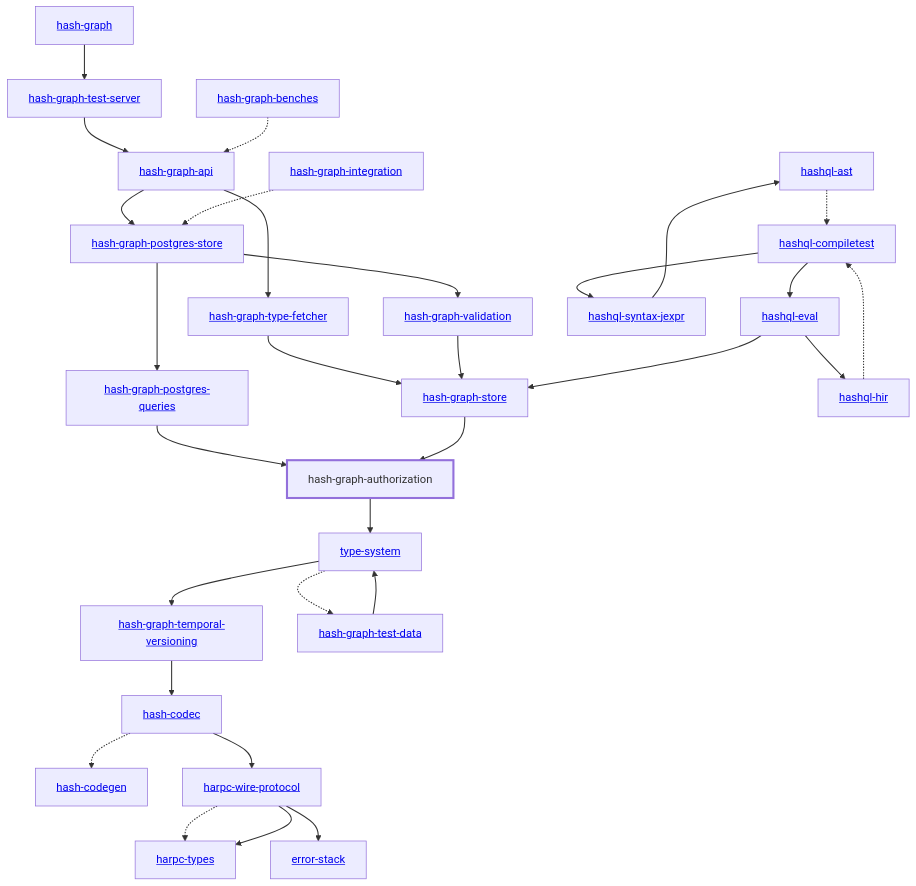
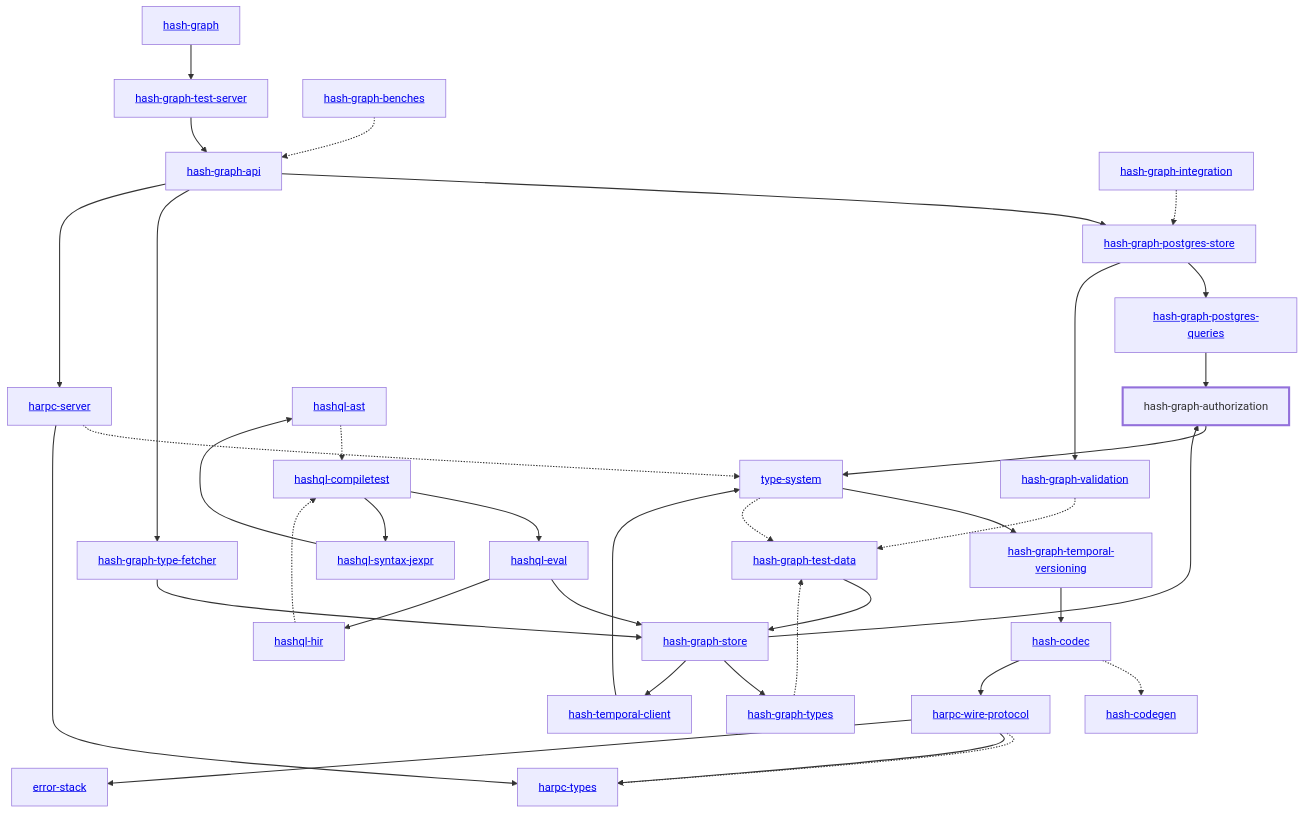
One commit to hashintel/hash changed the diagram in libs/@local/graph/authorization/docs/dependency-diagram.mmd. Above: the diagram before and after it, drawn with Mermaid. The commit also changed 41 other files, not shown here.

```diff
--- a/libs/@local/graph/authorization/docs/dependency-diagram.mmd
+++ b/libs/@local/graph/authorization/docs/dependency-diagram.mmd
@@ -1,64 +1,74 @@
 graph TD
     linkStyle default stroke-width:1.5px
     classDef default stroke-width:1px
     classDef root stroke-width:3px
     classDef dev stroke-width:1px
     classDef build stroke-width:1px
     %% Legend
     %% --> : Normal dependency
     %% -.-> : Dev dependency
     %% ---> : Build dependency
     0[<a href="../hash_graph/index.html">hash-graph</a>]
     1[<a href="../type_system/index.html">type-system</a>]
     2[<a href="../hash_codec/index.html">hash-codec</a>]
     3[<a href="../hash_codegen/index.html">hash-codegen</a>]
     4[<a href="../hash_graph_api/index.html">hash-graph-api</a>]
     5[hash-graph-authorization]
     class 5 root
     6[<a href="../hash_graph_postgres_queries/index.html">hash-graph-postgres-queries</a>]
     7[<a href="../hash_graph_postgres_store/index.html">hash-graph-postgres-store</a>]
     8[<a href="../hash_graph_store/index.html">hash-graph-store</a>]
     9[<a href="../hash_graph_temporal_versioning/index.html">hash-graph-temporal-versioning</a>]
     10[<a href="../hash_graph_test_server/index.html">hash-graph-test-server</a>]
     11[<a href="../hash_graph_type_fetcher/index.html">hash-graph-type-fetcher</a>]
-    12[<a href="../hash_graph_validation/index.html">hash-graph-validation</a>]
-    13[<a href="../harpc_types/index.html">harpc-types</a>]
-    14[<a href="../harpc_wire_protocol/index.html">harpc-wire-protocol</a>]
-    15[<a href="../hashql_ast/index.html">hashql-ast</a>]
-    16[<a href="../hashql_compiletest/index.html">hashql-compiletest</a>]
-    17[<a href="../hashql_eval/index.html">hashql-eval</a>]
-    18[<a href="../hashql_hir/index.html">hashql-hir</a>]
-    19[<a href="../hashql_syntax_jexpr/index.html">hashql-syntax-jexpr</a>]
-    20[<a href="../error_stack/index.html">error-stack</a>]
-    21[<a href="../hash_graph_benches/index.html">hash-graph-benches</a>]
-    22[<a href="../hash_graph_integration/index.html">hash-graph-integration</a>]
-    23[<a href="../hash_graph_test_data/index.html">hash-graph-test-data</a>]
+    12[<a href="../hash_graph_types/index.html">hash-graph-types</a>]
+    13[<a href="../hash_graph_validation/index.html">hash-graph-validation</a>]
+    14[<a href="../harpc_server/index.html">harpc-server</a>]
+    15[<a href="../harpc_types/index.html">harpc-types</a>]
+    16[<a href="../harpc_wire_protocol/index.html">harpc-wire-protocol</a>]
+    17[<a href="../hashql_ast/index.html">hashql-ast</a>]
+    18[<a href="../hashql_compiletest/index.html">hashql-compiletest</a>]
+    19[<a href="../hashql_eval/index.html">hashql-eval</a>]
+    20[<a href="../hashql_hir/index.html">hashql-hir</a>]
+    21[<a href="../hashql_syntax_jexpr/index.html">hashql-syntax-jexpr</a>]
+    22[<a href="../hash_temporal_client/index.html">hash-temporal-client</a>]
+    23[<a href="../error_stack/index.html">error-stack</a>]
+    24[<a href="../hash_graph_benches/index.html">hash-graph-benches</a>]
+    25[<a href="../hash_graph_integration/index.html">hash-graph-integration</a>]
+    26[<a href="../hash_graph_test_data/index.html">hash-graph-test-data</a>]
     0 --> 10
     1 --> 9
-    1 -.-> 23
+    1 -.-> 26
     2 -.-> 3
-    2 --> 14
+    2 --> 16
     4 --> 7
     4 --> 11
+    4 --> 14
     5 --> 1
     6 --> 5
     7 --> 6
-    7 --> 12
+    7 --> 13
     8 --> 5
+    8 --> 12
+    8 --> 22
     9 --> 2
     10 --> 4
     11 --> 8
-    12 --> 8
-    14 -.-> 13
-    14 --> 13
-    14 --> 20
-    15 -.-> 16
-    16 --> 17
-    16 --> 19
-    17 --> 8
-    17 --> 18
-    18 -.-> 16
-    19 --> 15
-    21 -.-> 4
-    22 -.-> 7
-    23 --> 1
+    12 -.-> 26
+    13 -.-> 26
+    14 -.-> 1
+    14 --> 15
+    16 -.-> 15
+    16 --> 15
+    16 --> 23
+    17 -.-> 18
+    18 --> 19
+    18 --> 21
+    19 --> 8
+    19 --> 20
+    20 -.-> 18
+    21 --> 17
+    22 --> 1
+    24 -.-> 4
+    25 -.-> 7
+    26 --> 8
```
